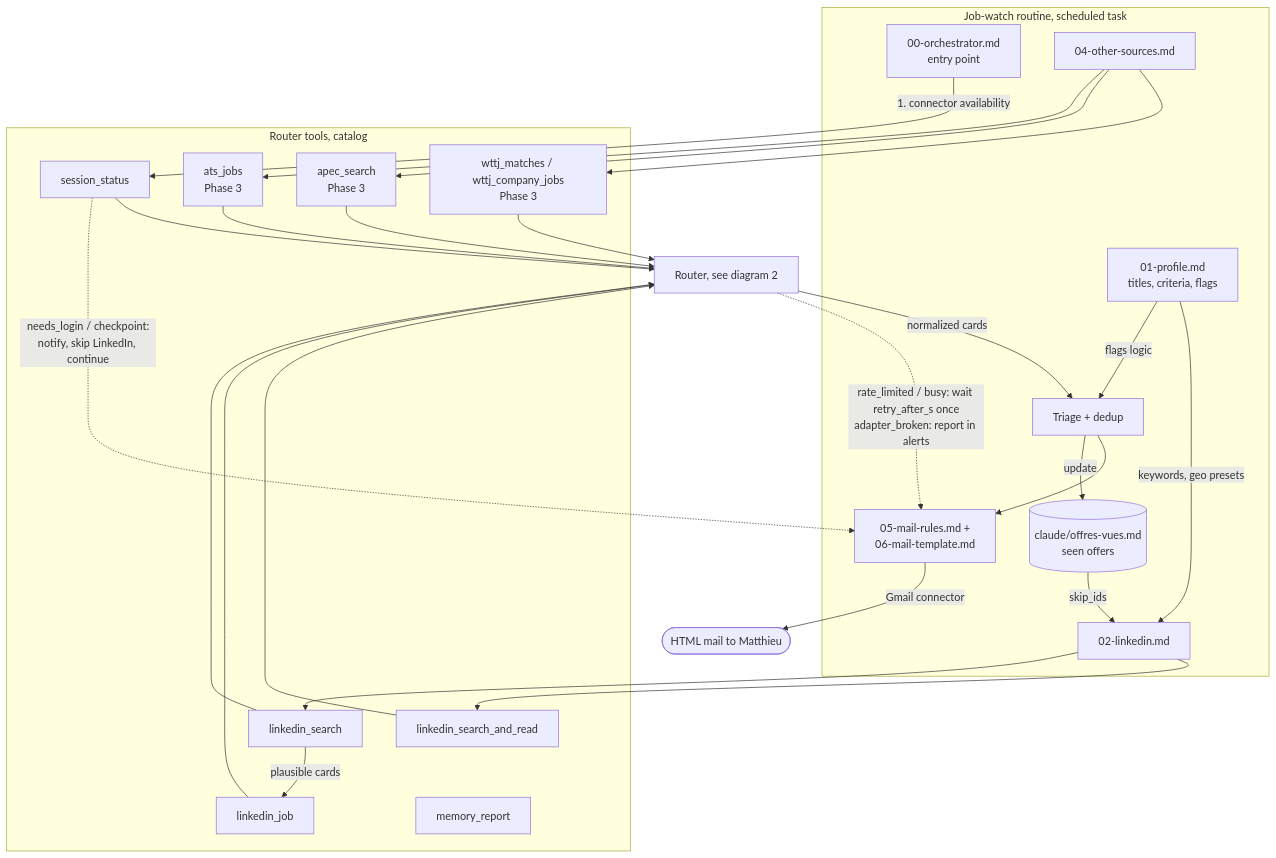
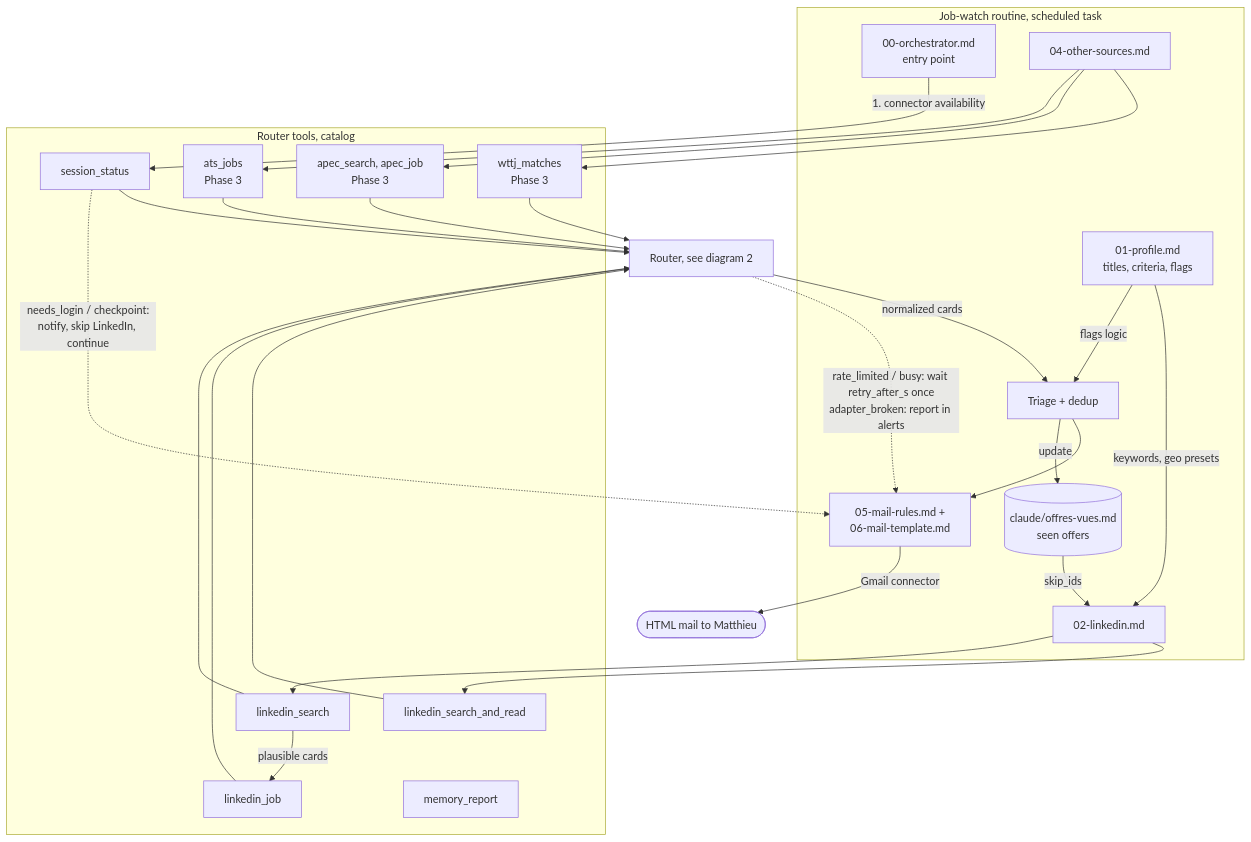
Before and after one commit to notcheu/jobwatch-mcp: the fifth of 6 diagrams in 16-architecture-diagrams.md, drawn with Mermaid. The commit also changed 5 other files, not shown here.

Commit message:
Phase 0: S9 done; WTTJ limited to matches, APEC search over HTTP and detail via browser

````diff
--- a/16-architecture-diagrams.md
+++ b/16-architecture-diagrams.md
@@ -184,43 +184,43 @@
 ```mermaid
 flowchart TB
   subgraph Routine["Job-watch routine, scheduled task"]
     Orch["00-orchestrator.md<br/>entry point"]
     Prof["01-profile.md<br/>titles, criteria, flags"]
     LIs["02-linkedin.md"]
     Oth["04-other-sources.md"]
     Mem[("claude/offres-vues.md<br/>seen offers")]
     Triage["Triage + dedup"]
     Mail["05-mail-rules.md +<br/>06-mail-template.md"]
   end
 
   subgraph Tools["Router tools, catalog"]
     SS["session_status"]
     LS["linkedin_search"]
     LJ["linkedin_job"]
     LSR["linkedin_search_and_read"]
-    WM["wttj_matches / wttj_company_jobs<br/>Phase 3"]
-    AS["apec_search<br/>Phase 3"]
+    WM["wttj_matches<br/>Phase 3"]
+    AS["apec_search, apec_job<br/>Phase 3"]
     AJ["ats_jobs<br/>Phase 3"]
     MR["memory_report"]
   end
 
   Orch -- "1. connector availability" --> SS
   Prof -- "keywords, geo presets" --> LIs
   Mem -- "skip_ids" --> LIs
   LIs --> LSR
   LIs --> LS
   LS -- "plausible cards" --> LJ
   Oth --> WM
   Oth --> AS
   Oth --> AJ
 
   SS & LSR & LS & LJ & WM & AS & AJ --> RouterBox["Router, see diagram 2"]
   RouterBox -- "normalized cards" --> Triage
   Prof -- "flags logic" --> Triage
   Triage --> Mail
   Triage -- "update" --> Mem
   Mail -- "Gmail connector" --> Out(["HTML mail to Matthieu"])
 
   SS -. "needs_login / checkpoint:<br/>notify, skip LinkedIn, continue" .-> Mail
   RouterBox -. "rate_limited / busy: wait retry_after_s once<br/>adapter_broken: report in alerts" .-> Mail
 ```
````
